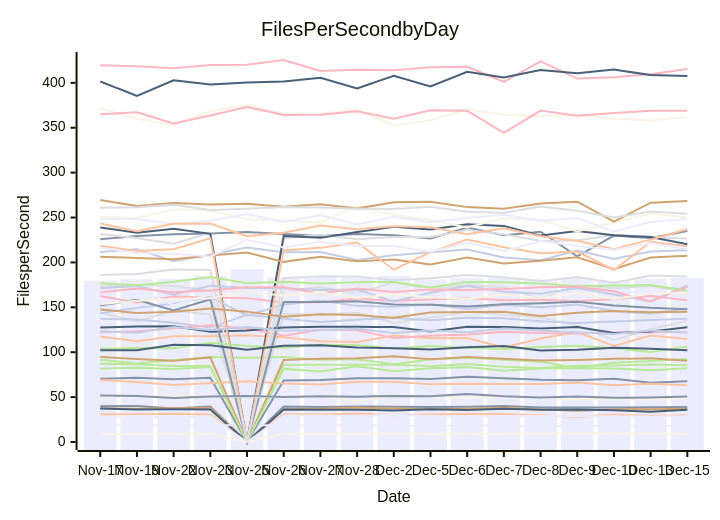
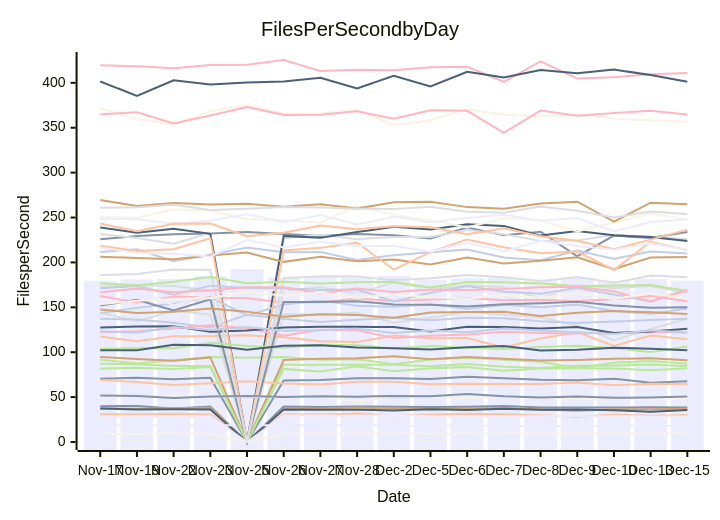
The diagram in perf-report.md (streetsidesoftware/cspell), drawn with Mermaid before and after one commit. The commit also changed other lines of this file and 1 other file, not shown here.

````diff
--- a/perf-report.md
+++ b/perf-report.md
@@ -10,57 +10,57 @@
 ```mermaid
 xychart-beta
     title Files Per Second by Day
     y-axis Files per Second
     x-axis Date [Nov-17, Nov-19, Nov-22, Nov-23, Nov-25, Nov-26, Nov-27, Nov-28, Dec-2, Dec-5, Dec-6, Dec-7, Dec-8, Dec-9, Dec-10, Dec-13, Dec-15]
-    bar [179.67, 181.22, 181.55, 184.70, 192.57, 183.27, 184.75, 182.79, 184.99, 180.86, 182.42, 182.83, 180.95, 182.95, 179.19, 181.65, 182.68]
-    line [39.95, 40.00, 37.29, 39.41, 0.00, 39.61, 38.93, 39.59, 39.21, 38.95, 39.16, 39.98, 38.54, 38.36, 38.36, 38.81, 38.90]
-    line [30.89, 30.94, 31.34, 30.76, 0.00, 30.81, 30.58, 31.64, 29.90, 30.63, 31.36, 30.89, 30.17, 27.90, 30.55, 29.22, 29.71]
-    line [144.07, 134.61, 146.19, 141.96, 0.00, 142.52, 141.79, 143.85, 132.83, 138.36, 145.16, 141.72, 138.92, 129.58, 113.42, 125.88, 134.81]
-    line [87.06, 86.68, 84.68, 84.66, 0.00, 86.16, 86.09, 86.12, 86.10, 84.45, 86.85, 83.80, 82.54, 84.79, 85.17, 86.33, 85.56]
-    line [37.45, 37.05, 37.59, 38.10, 0.00, 36.55, 37.13, 38.36, 37.28, 36.55, 36.94, 38.11, 36.16, 34.90, 36.59, 36.61, 36.91]
-    line [137.19, 136.33, 132.82, 127.42, 141.81, 137.38, 133.61, 136.04, 138.47, 135.71, 138.36, 137.92, 134.36, 132.66, 134.27, 135.78, 137.34]
-    line [162.50, 155.26, 161.99, 161.00, 160.02, 155.33, 155.60, 159.85, 157.03, 158.70, 160.32, 157.97, 158.53, 156.72, 159.18, 162.67, 157.95]
-    line [37.20, 36.20, 36.44, 36.12, 0.00, 36.09, 35.82, 35.94, 35.10, 36.40, 35.75, 36.91, 35.78, 36.33, 35.41, 33.56, 35.92]
-    line [9.18, 8.84, 9.32, 9.24, 0.00, 9.27, 9.05, 9.13, 9.38, 8.86, 9.19, 9.24, 9.33, 9.47, 9.61, 9.47, 9.12]
-    line [18.32, 18.95, 18.34, 18.44, 18.84, 18.37, 18.41, 18.93, 18.48, 17.91, 18.52, 17.91, 17.46, 17.89, 18.13, 17.78, 18.15]
-    line [225.87, 229.42, 231.39, 232.22, 233.95, 231.55, 229.52, 231.73, 230.37, 226.75, 238.77, 230.39, 234.25, 206.87, 229.87, 227.19, 234.95]
-    line [117.45, 112.12, 117.70, 117.75, 118.80, 116.72, 112.25, 111.37, 118.51, 115.50, 115.87, 105.20, 115.20, 122.48, 107.06, 118.54, 114.67]
-    line [231.73, 227.11, 220.77, 232.83, 0.00, 226.61, 230.78, 225.94, 228.40, 228.42, 235.98, 231.28, 223.81, 224.38, 230.73, 228.56, 226.40]
-    line [91.73, 87.45, 91.05, 94.79, 93.97, 94.67, 91.62, 92.04, 86.62, 91.97, 93.82, 91.60, 89.44, 82.46, 88.30, 90.18, 92.52]
-    line [94.62, 92.44, 90.51, 94.24, 0.00, 91.28, 92.74, 93.28, 95.50, 92.21, 94.67, 92.84, 90.85, 91.43, 92.60, 93.37, 90.58]
-    line [211.56, 214.70, 201.32, 208.63, 216.56, 211.21, 211.52, 202.80, 207.87, 211.25, 214.29, 205.55, 202.50, 213.14, 203.97, 212.22, 213.66]
-    line [419.72, 418.60, 416.16, 419.91, 420.14, 425.45, 413.25, 414.49, 414.13, 417.32, 417.87, 401.19, 424.05, 404.78, 406.35, 409.54, 415.44]
-    line [238.91, 233.06, 237.44, 231.81, 0.00, 229.54, 227.35, 233.78, 239.72, 236.67, 242.41, 240.69, 229.87, 234.86, 230.17, 228.31, 220.17]
-    line [250.79, 249.89, 259.20, 257.89, 248.21, 247.03, 244.22, 263.12, 252.89, 247.30, 238.91, 249.28, 247.23, 234.36, 244.44, 254.37, 250.09]
-    line [248.32, 248.40, 243.10, 246.46, 253.84, 244.86, 252.77, 242.22, 250.75, 244.77, 249.57, 253.00, 246.33, 249.46, 234.43, 245.12, 248.31]
-    line [70.32, 71.50, 69.84, 71.46, 0.00, 68.63, 69.18, 70.98, 71.07, 70.27, 72.65, 71.06, 69.32, 68.69, 70.43, 66.11, 67.58]
-    line [68.98, 66.79, 63.49, 65.54, 67.63, 65.16, 64.17, 67.20, 67.10, 64.34, 65.01, 64.46, 64.51, 66.15, 63.18, 64.91, 63.19]
-    line [172.86, 174.82, 173.87, 168.75, 0.00, 168.42, 172.41, 165.34, 178.00, 170.24, 174.62, 172.41, 159.51, 174.62, 171.51, 173.65, 167.66]
-    line [81.67, 82.81, 81.19, 83.62, 0.00, 81.43, 78.64, 84.26, 78.88, 82.13, 83.39, 79.45, 81.95, 82.06, 81.96, 79.96, 82.25]
-    line [206.40, 204.90, 203.63, 207.69, 210.97, 200.63, 206.29, 201.28, 203.16, 197.69, 205.56, 198.75, 201.98, 205.78, 192.58, 205.45, 207.37]
-    line [143.43, 149.38, 154.11, 161.15, 140.96, 153.09, 157.58, 151.62, 150.61, 153.46, 148.08, 152.95, 150.14, 153.13, 145.78, 142.78, 148.57]
-    line [122.33, 123.30, 126.42, 130.12, 126.69, 118.47, 125.05, 124.39, 115.88, 118.39, 119.81, 122.77, 121.45, 120.76, 121.79, 122.20, 122.32]
-    line [127.39, 128.53, 129.02, 122.85, 124.15, 127.61, 128.38, 128.27, 127.96, 123.07, 128.36, 127.97, 126.37, 128.11, 121.50, 122.96, 127.77]
-    line [371.79, 359.89, 353.22, 368.32, 374.93, 365.77, 365.67, 369.95, 352.91, 358.41, 370.56, 364.48, 362.78, 364.44, 360.18, 358.05, 362.04]
-    line [168.51, 170.43, 152.49, 164.76, 169.85, 169.02, 158.91, 164.95, 167.24, 171.12, 163.98, 170.66, 165.03, 168.12, 167.40, 165.15, 164.62]
-    line [152.05, 158.28, 146.52, 158.85, 0.00, 155.81, 155.95, 156.73, 153.23, 152.74, 150.88, 153.33, 154.58, 156.25, 152.15, 149.54, 147.92]
-    line [218.60, 212.59, 214.66, 226.79, 0.00, 213.37, 216.21, 222.03, 191.91, 211.40, 225.62, 216.82, 210.15, 212.06, 191.55, 223.01, 217.97]
-    line [186.00, 187.01, 192.19, 191.67, 0.00, 182.52, 184.50, 184.37, 180.13, 182.27, 185.97, 183.39, 179.18, 183.86, 177.29, 185.44, 184.34]
-    line [103.87, 104.59, 104.39, 110.58, 106.99, 105.01, 108.35, 107.81, 104.02, 106.94, 104.99, 103.46, 105.91, 107.21, 104.66, 100.11, 106.33]
-    line [269.63, 262.78, 266.27, 264.63, 265.39, 262.12, 264.70, 259.96, 267.12, 267.54, 261.60, 259.75, 265.50, 267.60, 245.47, 266.55, 268.54]
-    line [171.35, 173.67, 163.99, 174.13, 171.44, 171.10, 169.17, 169.92, 156.42, 166.33, 173.70, 167.47, 165.08, 171.54, 164.38, 156.51, 174.26]
-    line [365.05, 367.22, 354.80, 363.64, 373.17, 364.09, 364.55, 368.33, 360.08, 369.35, 368.90, 344.39, 369.08, 363.46, 366.29, 369.00, 368.85]
-    line [102.15, 102.24, 108.41, 107.84, 102.72, 107.24, 107.62, 105.35, 104.37, 103.06, 105.64, 106.80, 101.95, 102.69, 105.10, 103.83, 102.23]
-    line [50.42, 50.32, 51.47, 51.26, 50.21, 50.12, 50.94, 45.60, 50.75, 50.03, 49.80, 49.98, 49.59, 47.97, 48.84, 47.30, 49.16]
-    line [27.61, 29.00, 27.12, 28.69, 0.00, 29.62, 29.42, 28.97, 30.07, 28.83, 29.04, 29.09, 29.10, 28.75, 28.65, 28.35, 28.71]
-    line [51.87, 51.27, 48.95, 50.74, 51.36, 50.08, 50.94, 50.51, 51.36, 50.85, 53.51, 50.97, 49.51, 50.73, 49.15, 49.54, 50.65]
-    line [243.36, 234.75, 243.01, 243.28, 229.25, 233.06, 241.24, 236.91, 240.36, 239.27, 231.52, 238.08, 229.24, 224.19, 214.79, 225.36, 237.21]
-    line [260.78, 261.46, 264.14, 258.29, 259.88, 261.65, 261.27, 259.85, 259.59, 261.91, 256.38, 255.24, 262.31, 257.60, 250.13, 256.58, 254.30]
-    line [176.80, 174.52, 178.44, 183.84, 176.75, 178.41, 176.49, 178.04, 178.10, 172.07, 178.26, 177.85, 176.41, 173.41, 174.24, 174.74, 168.65]
-    line [147.67, 143.64, 145.07, 148.78, 145.20, 139.52, 142.17, 141.34, 138.40, 144.20, 144.71, 145.14, 140.38, 143.82, 145.78, 144.45, 145.09]
-    line [123.48, 121.57, 127.94, 124.68, 128.18, 123.81, 124.58, 126.05, 121.44, 124.27, 122.27, 126.51, 124.16, 122.14, 120.17, 124.20, 121.71]
-    line [166.50, 171.04, 166.81, 168.79, 172.43, 172.30, 165.40, 170.85, 167.09, 169.78, 169.21, 170.29, 172.44, 172.82, 167.78, 156.48, 172.72]
-    line [401.52, 385.51, 402.83, 398.10, 400.47, 401.59, 405.72, 393.85, 407.78, 396.11, 412.42, 405.98, 414.20, 410.80, 414.80, 408.65, 407.67]
-    line [153.46, 157.33, 159.29, 160.15, 167.27, 163.00, 166.53, 160.28, 164.60, 161.29, 159.50, 164.08, 160.40, 166.00, 159.37, 165.42, 166.20]
-    line [216.65, 210.39, 209.57, 206.62, 225.23, 216.74, 223.01, 218.30, 218.24, 211.89, 221.99, 212.41, 223.76, 218.34, 214.11, 221.23, 214.52]
+    bar [179.67, 181.22, 181.55, 184.70, 192.57, 183.27, 184.75, 182.79, 184.99, 180.86, 182.42, 182.83, 180.95, 182.95, 179.19, 181.65, 179.74]
+    line [39.95, 40.00, 37.29, 39.41, 0.00, 39.61, 38.93, 39.59, 39.21, 38.95, 39.16, 39.98, 38.54, 38.36, 38.36, 38.81, 38.52]
+    line [30.89, 30.94, 31.34, 30.76, 0.00, 30.81, 30.58, 31.64, 29.90, 30.63, 31.36, 30.89, 30.17, 27.90, 30.55, 29.22, 30.04]
+    line [144.07, 134.61, 146.19, 141.96, 0.00, 142.52, 141.79, 143.85, 132.83, 138.36, 145.16, 141.72, 138.92, 129.58, 113.42, 125.88, 137.36]
+    line [87.06, 86.68, 84.68, 84.66, 0.00, 86.16, 86.09, 86.12, 86.10, 84.45, 86.85, 83.80, 82.54, 84.79, 85.17, 86.33, 84.46]
+    line [37.45, 37.05, 37.59, 38.10, 0.00, 36.55, 37.13, 38.36, 37.28, 36.55, 36.94, 38.11, 36.16, 34.90, 36.59, 36.61, 36.92]
+    line [137.19, 136.33, 132.82, 127.42, 141.81, 137.38, 133.61, 136.04, 138.47, 135.71, 138.36, 137.92, 134.36, 132.66, 134.27, 135.78, 137.32]
+    line [162.50, 155.26, 161.99, 161.00, 160.02, 155.33, 155.60, 159.85, 157.03, 158.70, 160.32, 157.97, 158.53, 156.72, 159.18, 162.67, 156.85]
+    line [37.20, 36.20, 36.44, 36.12, 0.00, 36.09, 35.82, 35.94, 35.10, 36.40, 35.75, 36.91, 35.78, 36.33, 35.41, 33.56, 35.71]
+    line [9.18, 8.84, 9.32, 9.24, 0.00, 9.27, 9.05, 9.13, 9.38, 8.86, 9.19, 9.24, 9.33, 9.47, 9.61, 9.47, 9.24]
+    line [18.32, 18.95, 18.34, 18.44, 18.84, 18.37, 18.41, 18.93, 18.48, 17.91, 18.52, 17.91, 17.46, 17.89, 18.13, 17.78, 18.21]
+    line [225.87, 229.42, 231.39, 232.22, 233.95, 231.55, 229.52, 231.73, 230.37, 226.75, 238.77, 230.39, 234.25, 206.87, 229.87, 227.19, 233.94]
+    line [117.45, 112.12, 117.70, 117.75, 118.80, 116.72, 112.25, 111.37, 118.51, 115.50, 115.87, 105.20, 115.20, 122.48, 107.06, 118.54, 114.48]
+    line [231.73, 227.11, 220.77, 232.83, 0.00, 226.61, 230.78, 225.94, 228.40, 228.42, 235.98, 231.28, 223.81, 224.38, 230.73, 228.56, 225.88]
+    line [91.73, 87.45, 91.05, 94.79, 93.97, 94.67, 91.62, 92.04, 86.62, 91.97, 93.82, 91.60, 89.44, 82.46, 88.30, 90.18, 87.12]
+    line [94.62, 92.44, 90.51, 94.24, 0.00, 91.28, 92.74, 93.28, 95.50, 92.21, 94.67, 92.84, 90.85, 91.43, 92.60, 93.37, 91.16]
+    line [211.56, 214.70, 201.32, 208.63, 216.56, 211.21, 211.52, 202.80, 207.87, 211.25, 214.29, 205.55, 202.50, 213.14, 203.97, 212.22, 209.94]
+    line [419.72, 418.60, 416.16, 419.91, 420.14, 425.45, 413.25, 414.49, 414.13, 417.32, 417.87, 401.19, 424.05, 404.78, 406.35, 409.54, 411.10]
+    line [238.91, 233.06, 237.44, 231.81, 0.00, 229.54, 227.35, 233.78, 239.72, 236.67, 242.41, 240.69, 229.87, 234.86, 230.17, 228.31, 223.78]
+    line [250.79, 249.89, 259.20, 257.89, 248.21, 247.03, 244.22, 263.12, 252.89, 247.30, 238.91, 249.28, 247.23, 234.36, 244.44, 254.37, 247.68]
+    line [248.32, 248.40, 243.10, 246.46, 253.84, 244.86, 252.77, 242.22, 250.75, 244.77, 249.57, 253.00, 246.33, 249.46, 234.43, 245.12, 248.11]
+    line [70.32, 71.50, 69.84, 71.46, 0.00, 68.63, 69.18, 70.98, 71.07, 70.27, 72.65, 71.06, 69.32, 68.69, 70.43, 66.11, 67.66]
+    line [68.98, 66.79, 63.49, 65.54, 67.63, 65.16, 64.17, 67.20, 67.10, 64.34, 65.01, 64.46, 64.51, 66.15, 63.18, 64.91, 64.59]
+    line [172.86, 174.82, 173.87, 168.75, 0.00, 168.42, 172.41, 165.34, 178.00, 170.24, 174.62, 172.41, 159.51, 174.62, 171.51, 173.65, 166.30]
+    line [81.67, 82.81, 81.19, 83.62, 0.00, 81.43, 78.64, 84.26, 78.88, 82.13, 83.39, 79.45, 81.95, 82.06, 81.96, 79.96, 82.16]
+    line [206.40, 204.90, 203.63, 207.69, 210.97, 200.63, 206.29, 201.28, 203.16, 197.69, 205.56, 198.75, 201.98, 205.78, 192.58, 205.45, 206.13]
+    line [143.43, 149.38, 154.11, 161.15, 140.96, 153.09, 157.58, 151.62, 150.61, 153.46, 148.08, 152.95, 150.14, 153.13, 145.78, 142.78, 148.68]
+    line [122.33, 123.30, 126.42, 130.12, 126.69, 118.47, 125.05, 124.39, 115.88, 118.39, 119.81, 122.77, 121.45, 120.76, 121.79, 122.20, 121.85]
+    line [127.39, 128.53, 129.02, 122.85, 124.15, 127.61, 128.38, 128.27, 127.96, 123.07, 128.36, 127.97, 126.37, 128.11, 121.50, 122.96, 126.01]
+    line [371.79, 359.89, 353.22, 368.32, 374.93, 365.77, 365.67, 369.95, 352.91, 358.41, 370.56, 364.48, 362.78, 364.44, 360.18, 358.05, 356.81]
+    line [168.51, 170.43, 152.49, 164.76, 169.85, 169.02, 158.91, 164.95, 167.24, 171.12, 163.98, 170.66, 165.03, 168.12, 167.40, 165.15, 163.36]
+    line [152.05, 158.28, 146.52, 158.85, 0.00, 155.81, 155.95, 156.73, 153.23, 152.74, 150.88, 153.33, 154.58, 156.25, 152.15, 149.54, 149.95]
+    line [218.60, 212.59, 214.66, 226.79, 0.00, 213.37, 216.21, 222.03, 191.91, 211.40, 225.62, 216.82, 210.15, 212.06, 191.55, 223.01, 213.60]
+    line [186.00, 187.01, 192.19, 191.67, 0.00, 182.52, 184.50, 184.37, 180.13, 182.27, 185.97, 183.39, 179.18, 183.86, 177.29, 185.44, 183.40]
+    line [103.87, 104.59, 104.39, 110.58, 106.99, 105.01, 108.35, 107.81, 104.02, 106.94, 104.99, 103.46, 105.91, 107.21, 104.66, 100.11, 106.43]
+    line [269.63, 262.78, 266.27, 264.63, 265.39, 262.12, 264.70, 259.96, 267.12, 267.54, 261.60, 259.75, 265.50, 267.60, 245.47, 266.55, 264.76]
+    line [171.35, 173.67, 163.99, 174.13, 171.44, 171.10, 169.17, 169.92, 156.42, 166.33, 173.70, 167.47, 165.08, 171.54, 164.38, 156.51, 168.77]
+    line [365.05, 367.22, 354.80, 363.64, 373.17, 364.09, 364.55, 368.33, 360.08, 369.35, 368.90, 344.39, 369.08, 363.46, 366.29, 369.00, 364.73]
+    line [102.15, 102.24, 108.41, 107.84, 102.72, 107.24, 107.62, 105.35, 104.37, 103.06, 105.64, 106.80, 101.95, 102.69, 105.10, 103.83, 102.29]
+    line [50.42, 50.32, 51.47, 51.26, 50.21, 50.12, 50.94, 45.60, 50.75, 50.03, 49.80, 49.98, 49.59, 47.97, 48.84, 47.30, 48.50]
+    line [27.61, 29.00, 27.12, 28.69, 0.00, 29.62, 29.42, 28.97, 30.07, 28.83, 29.04, 29.09, 29.10, 28.75, 28.65, 28.35, 28.30]
+    line [51.87, 51.27, 48.95, 50.74, 51.36, 50.08, 50.94, 50.51, 51.36, 50.85, 53.51, 50.97, 49.51, 50.73, 49.15, 49.54, 50.77]
+    line [243.36, 234.75, 243.01, 243.28, 229.25, 233.06, 241.24, 236.91, 240.36, 239.27, 231.52, 238.08, 229.24, 224.19, 214.79, 225.36, 236.55]
+    line [260.78, 261.46, 264.14, 258.29, 259.88, 261.65, 261.27, 259.85, 259.59, 261.91, 256.38, 255.24, 262.31, 257.60, 250.13, 256.58, 253.86]
+    line [176.80, 174.52, 178.44, 183.84, 176.75, 178.41, 176.49, 178.04, 178.10, 172.07, 178.26, 177.85, 176.41, 173.41, 174.24, 174.74, 168.07]
+    line [147.67, 143.64, 145.07, 148.78, 145.20, 139.52, 142.17, 141.34, 138.40, 144.20, 144.71, 145.14, 140.38, 143.82, 145.78, 144.45, 142.69]
+    line [123.48, 121.57, 127.94, 124.68, 128.18, 123.81, 124.58, 126.05, 121.44, 124.27, 122.27, 126.51, 124.16, 122.14, 120.17, 124.20, 121.84]
+    line [166.50, 171.04, 166.81, 168.79, 172.43, 172.30, 165.40, 170.85, 167.09, 169.78, 169.21, 170.29, 172.44, 172.82, 167.78, 156.48, 169.58]
+    line [401.52, 385.51, 402.83, 398.10, 400.47, 401.59, 405.72, 393.85, 407.78, 396.11, 412.42, 405.98, 414.20, 410.80, 414.80, 408.65, 401.14]
+    line [153.46, 157.33, 159.29, 160.15, 167.27, 163.00, 166.53, 160.28, 164.60, 161.29, 159.50, 164.08, 160.40, 166.00, 159.37, 165.42, 160.10]
+    line [216.65, 210.39, 209.57, 206.62, 225.23, 216.74, 223.01, 218.30, 218.24, 211.89, 221.99, 212.41, 223.76, 218.34, 214.11, 221.23, 214.13]
 ```
````
